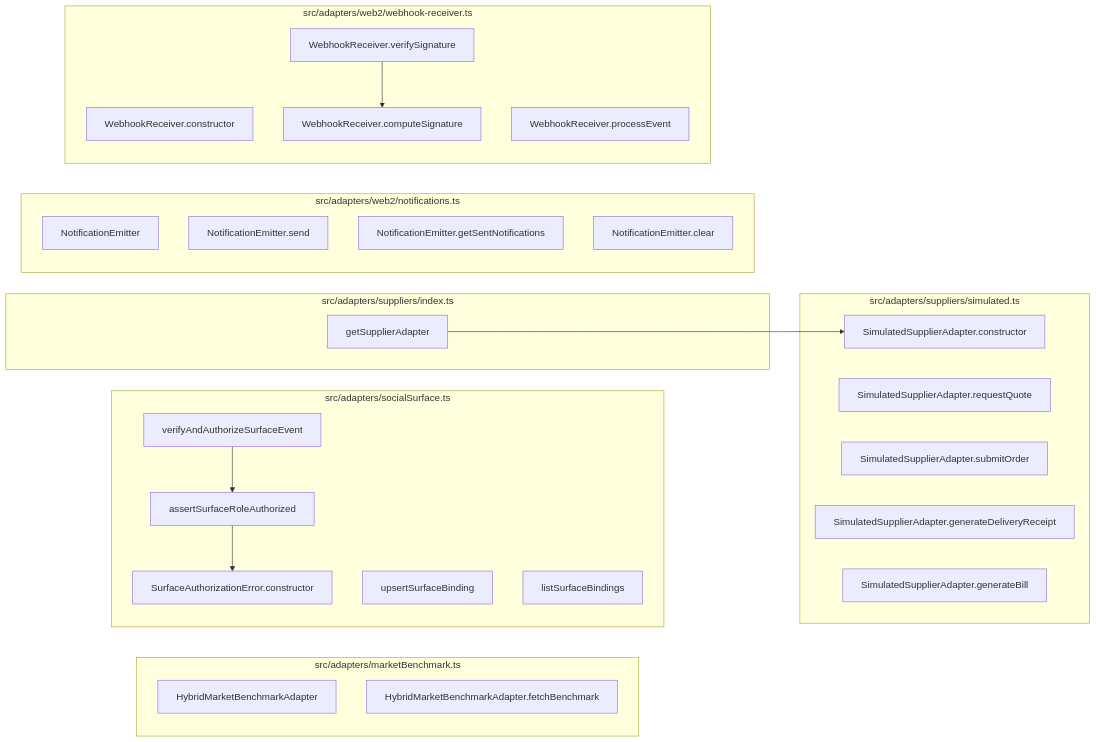
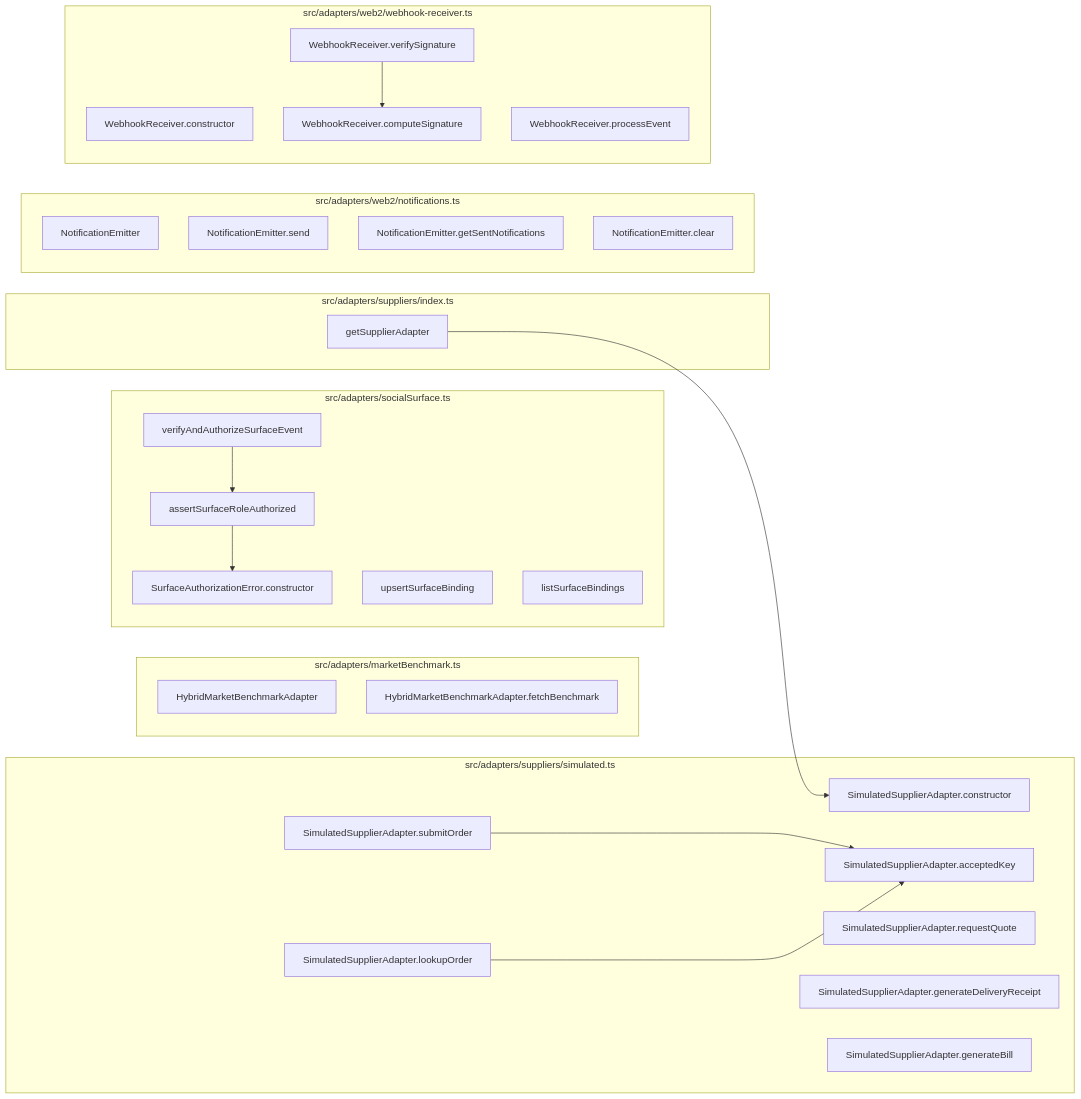
Before and after one commit to Jaydearcadian/bind: the second of 8 diagrams in docs/CODEBASE_MAP.md, drawn with Mermaid. The commit also changed other lines of this file and 15 other files, not shown here.

````diff
--- a/docs/CODEBASE_MAP.md
+++ b/docs/CODEBASE_MAP.md
@@ -109,40 +111,44 @@
 ```mermaid
 flowchart LR
   subgraph F0["src/adapters/marketBenchmark.ts"]
     n17["HybridMarketBenchmarkAdapter"]
     n18["HybridMarketBenchmarkAdapter.fetchBenchmark"]
   end
   subgraph F1["src/adapters/socialSurface.ts"]
     n53["SurfaceAuthorizationError.constructor"]
     n54["assertSurfaceRoleAuthorized"]
     n55["verifyAndAuthorizeSurfaceEvent"]
     n56["upsertSurfaceBinding"]
     n57["listSurfaceBindings"]
   end
   subgraph F2["src/adapters/suppliers/index.ts"]
     n58["getSupplierAdapter"]
   end
   subgraph F3["src/adapters/suppliers/simulated.ts"]
     n62["SimulatedSupplierAdapter.constructor"]
-    n63["SimulatedSupplierAdapter.requestQuote"]
-    n64["SimulatedSupplierAdapter.submitOrder"]
-    n65["SimulatedSupplierAdapter.generateDeliveryReceipt"]
-    n66["SimulatedSupplierAdapter.generateBill"]
+    n63["SimulatedSupplierAdapter.acceptedKey"]
+    n64["SimulatedSupplierAdapter.requestQuote"]
+    n65["SimulatedSupplierAdapter.submitOrder"]
+    n66["SimulatedSupplierAdapter.lookupOrder"]
+    n67["SimulatedSupplierAdapter.generateDeliveryReceipt"]
+    n68["SimulatedSupplierAdapter.generateBill"]
   end
   subgraph F4["src/adapters/web2/notifications.ts"]
-    n67["NotificationEmitter"]
-    n68["NotificationEmitter.send"]
-    n69["NotificationEmitter.getSentNotifications"]
-    n70["NotificationEmitter.clear"]
+    n69["NotificationEmitter"]
+    n70["NotificationEmitter.send"]
+    n71["NotificationEmitter.getSentNotifications"]
+    n72["NotificationEmitter.clear"]
   end
   subgraph F5["src/adapters/web2/webhook-receiver.ts"]
-    n71["WebhookReceiver.constructor"]
-    n72["WebhookReceiver.computeSignature"]
-    n73["WebhookReceiver.verifySignature"]
-    n74["WebhookReceiver.processEvent"]
+    n73["WebhookReceiver.constructor"]
+    n74["WebhookReceiver.computeSignature"]
+    n75["WebhookReceiver.verifySignature"]
+    n76["WebhookReceiver.processEvent"]
   end
   n54 --> n53
   n55 --> n54
   n58 --> n62
-  n73 --> n72
+  n65 --> n63
+  n66 --> n63
+  n75 --> n74
 ```
````
